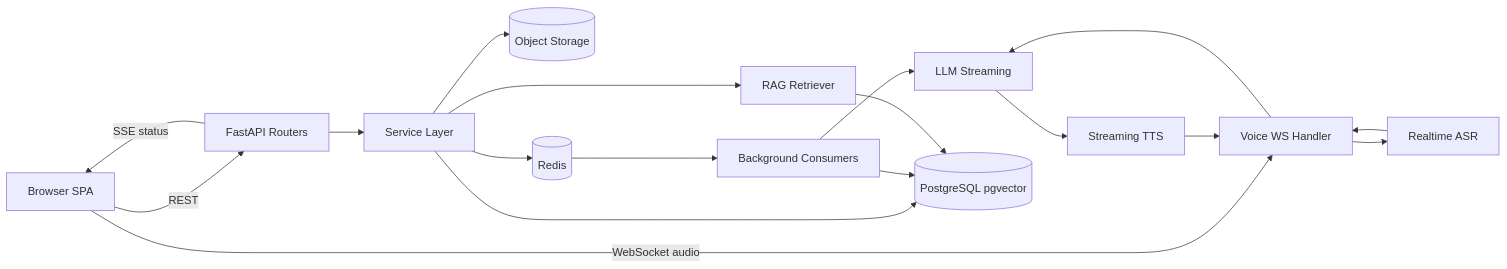
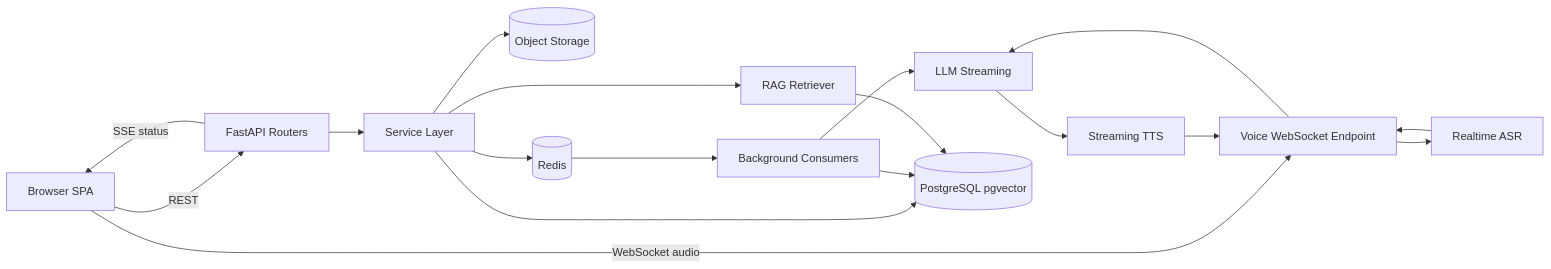
The diagram in README.md (yangjitian/yudi-ai-interview), drawn with Mermaid before and after one commit. The commit also changed other lines of this file, not shown here.

First line of the commit message:
docs: fix voice endpoint naming, recovery wording and quick start

````diff
--- a/README.md
+++ b/README.md
@@ -37,20 +37,20 @@
 ```mermaid
 flowchart LR
     U["Browser SPA"] -->|"REST"| R["FastAPI Routers"]
-    U -->|"WebSocket audio"| W["Voice WS Handler"]
+    U -->|"WebSocket audio"| W["Voice WebSocket Endpoint"]
     R -->|"SSE status"| U
     R --> S["Service Layer"]
     W --> A["Realtime ASR"]
     A --> W
     W --> L["LLM Streaming"]
     L --> T["Streaming TTS"]
     T --> W
     S --> P[("PostgreSQL pgvector")]
     S --> O[("Object Storage")]
     S --> X[("Redis")]
     X --> B["Background Consumers"]
     B --> P
     B --> L
     S --> G["RAG Retriever"]
     G --> P
 ```
````
